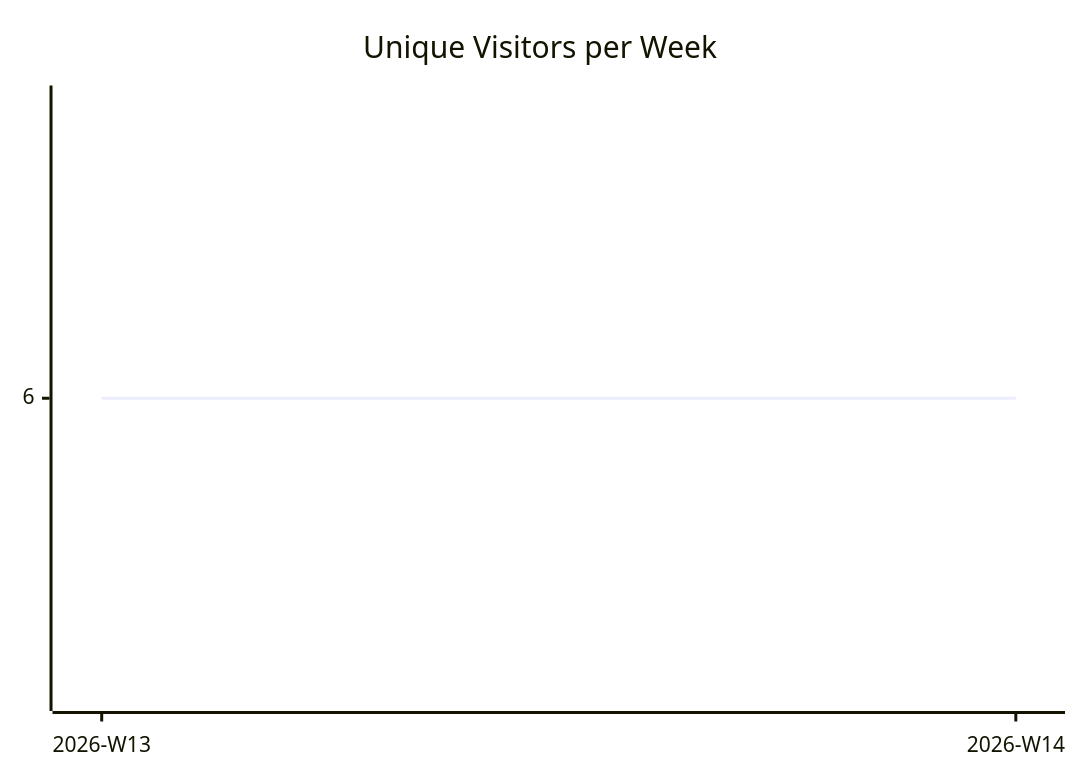
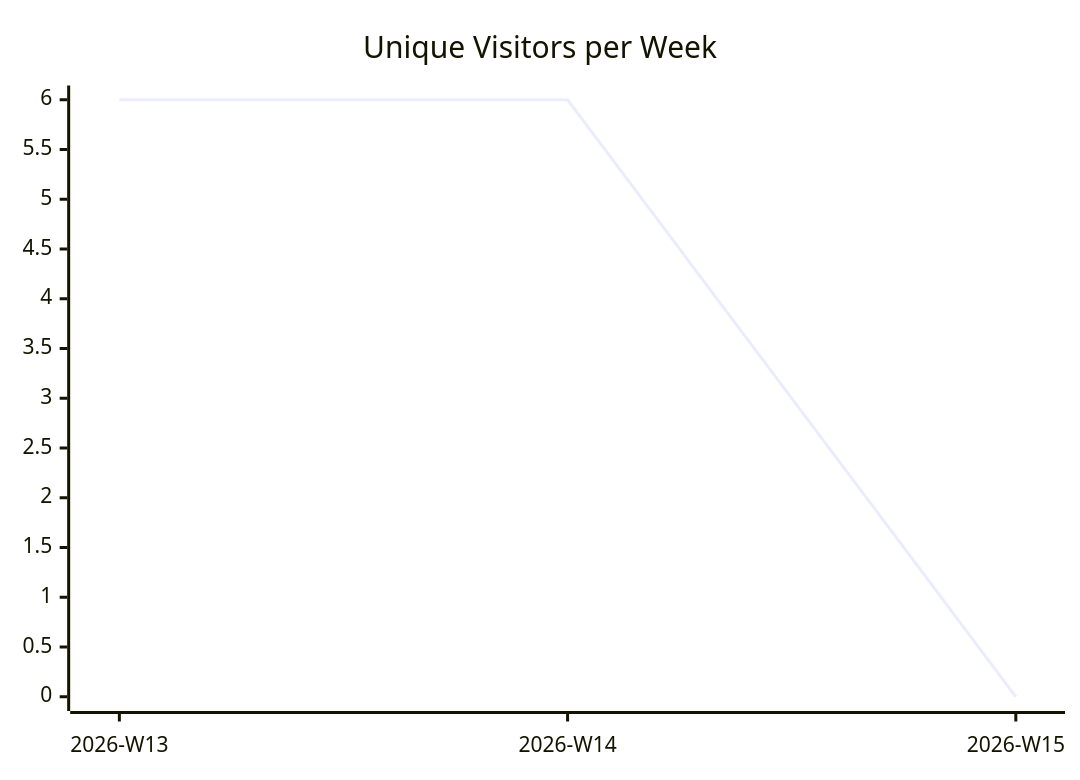
One commit to justdavis-family/github-analytics-data changed the first of 3 diagrams in karlmdavis/ksoap2-android/README.md. Above: the diagram before and after it, drawn with Mermaid. The commit also changed other lines of this file and 63 other files, not shown here.

````diff
--- a/karlmdavis/ksoap2-android/README.md
+++ b/karlmdavis/ksoap2-android/README.md
@@ -5,6 +5,6 @@
 ```mermaid
 xychart-beta
   title "Unique Visitors per Week"
-  x-axis ["2026-W13", "2026-W14"]
-  line [6, 6]
+  x-axis ["2026-W13", "2026-W14", "2026-W15"]
+  line [6, 6, 0]
 ```
````
